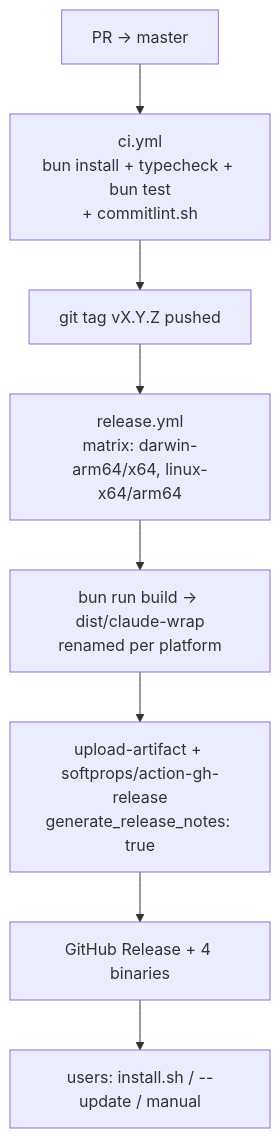
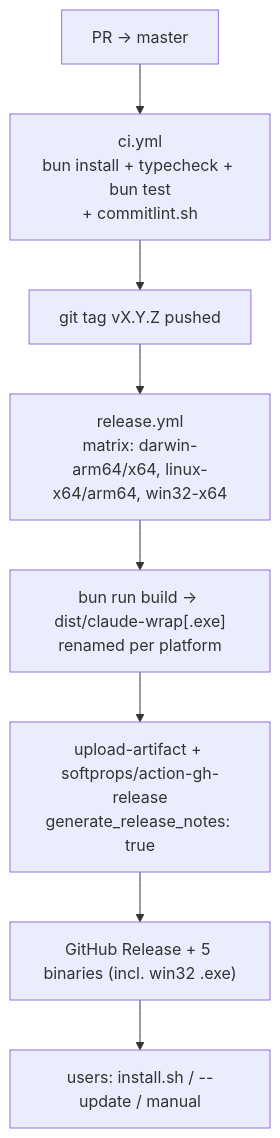
One commit to bara-digital/claude-wrap changed the ninth of 9 diagrams in docs/ARCHITECTURE.md. Above: the diagram before and after it, drawn with Mermaid. The commit also changed other lines of this file and 22 other files, not shown here.

````diff
--- a/docs/ARCHITECTURE.md
+++ b/docs/ARCHITECTURE.md
@@ -313,9 +321,9 @@
 ```mermaid
 flowchart TD
     PR["PR → master"] --> CI["ci.yml\nbun install + typecheck + bun test\n+ commitlint.sh"]
-    CI --> TAG["git tag vX.Y.Z pushed"] --> REL["release.yml\nmatrix: darwin-arm64/x64, linux-x64/arm64"]
-    REL --> BUILD["bun run build → dist/claude-wrap\nrenamed per platform"]
+    CI --> TAG["git tag vX.Y.Z pushed"] --> REL["release.yml\nmatrix: darwin-arm64/x64, linux-x64/arm64, win32-x64"]
+    REL --> BUILD["bun run build → dist/claude-wrap[.exe]\nrenamed per platform"]
     BUILD --> UP["upload-artifact + softprops/action-gh-release\ngenerate_release_notes: true"]
-    UP --> RELDONE["GitHub Release + 4 binaries"]
+    UP --> RELDONE["GitHub Release + 5 binaries (incl. win32 .exe)"]
     RELDONE --> USER["users: install.sh / --update / manual"]
 ```
````
